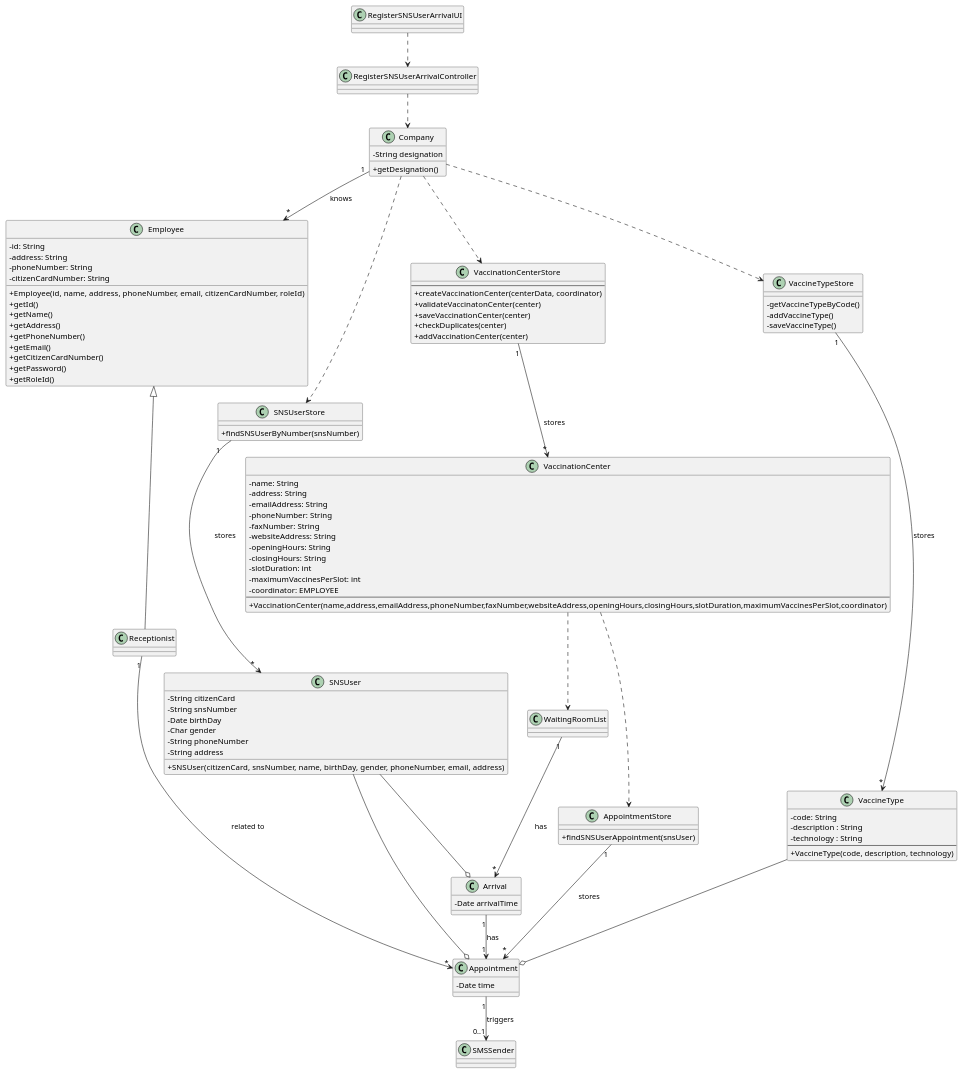
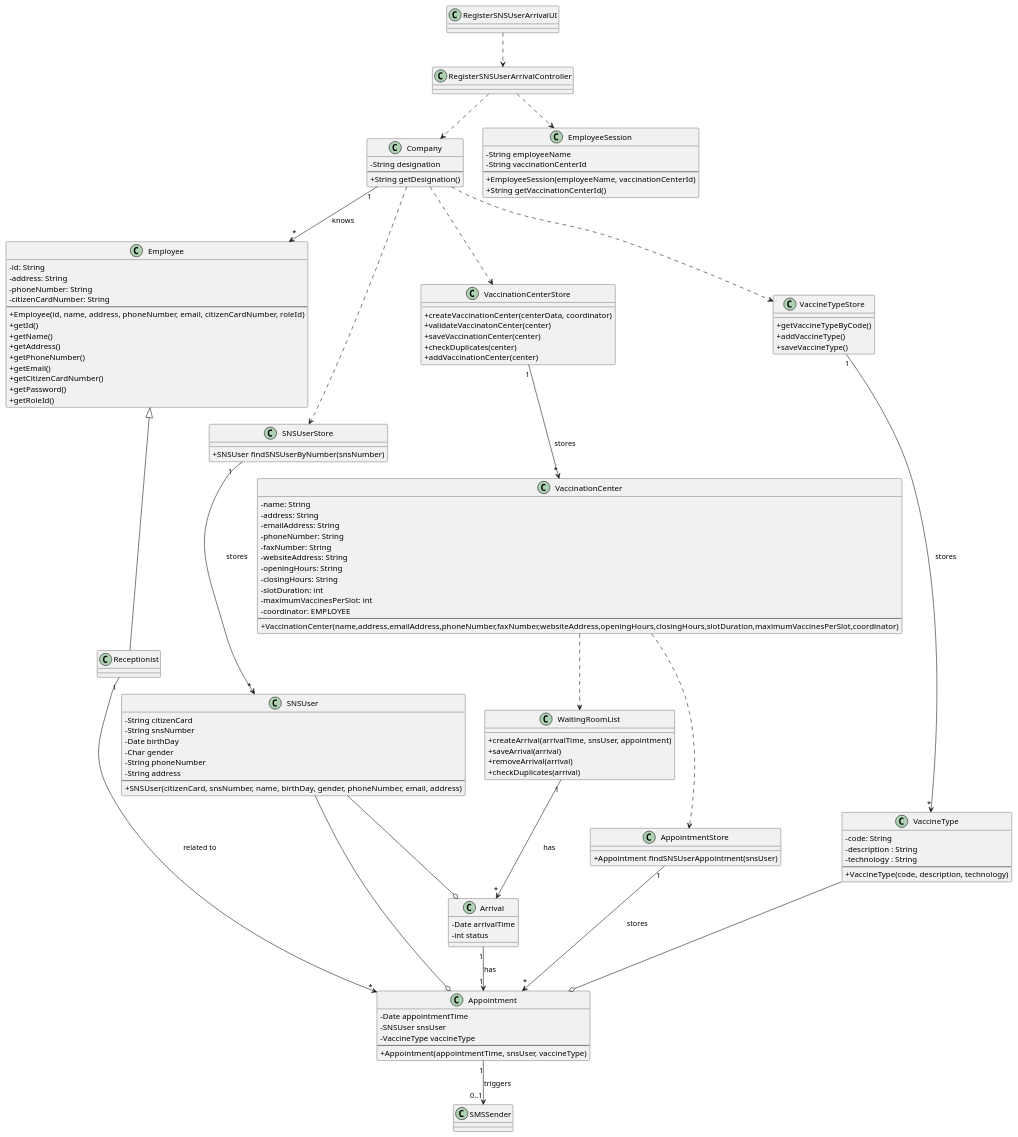
The diagram in docs/SprintC/US04/CD/US04_CD.puml (miseEnPlace-i/lapr2), drawn with PlantUML before and after one commit. The commit also changed 1 other file, not shown here.

```diff
--- a/docs/SprintC/US04/CD/US04_CD.puml
+++ b/docs/SprintC/US04/CD/US04_CD.puml
@@ -1,138 +1,157 @@
 @startuml US04_CD
 skinparam classAttributeIconSize 0
 
 class Appointment {
-  - Date time
+  - Date appointmentTime
+  - SNSUser snsUser
+  - VaccineType vaccineType
+  ---
+  + Appointment(appointmentTime, snsUser, vaccineType)
 }
 
 class AppointmentStore {
-  + findSNSUserAppointment(snsUser)
+  + Appointment findSNSUserAppointment(snsUser)
 }
 
 class Arrival {
   - Date arrivalTime
+  - int status
 }
 
 class Company {
   - String designation
-  + getDesignation()
+  ---
+  + String getDesignation()
 }
 
 class Employee {
   - id: String
   - address: String
   - phoneNumber: String
   - citizenCardNumber: String
+  ---
   + Employee(id, name, address, phoneNumber, email, citizenCardNumber, roleId)
   + getId()
   + getName()
   + getAddress()
   + getPhoneNumber()
   + getEmail()
   + getCitizenCardNumber()
   + getPassword()
   + getRoleId()
+}
+
+class EmployeeSession {
+  - String employeeName
+  - String vaccinationCenterId
+  ---
+  + EmployeeSession(employeeName, vaccinationCenterId)
+  + String getVaccinationCenterId()  
 }
 
 class RegisterSNSUserArrivalUI {}
 
 class RegisterSNSUserArrivalController {}
 
 class SNSUser {
   - String citizenCard
   - String snsNumber
   - Date birthDay
   - Char gender
   - String phoneNumber
   - String address
+  ---
   + SNSUser(citizenCard, snsNumber, name, birthDay, gender, phoneNumber, email, address)
 }
 
 class SNSUserStore {
-  + findSNSUserByNumber(snsNumber)
+  + SNSUser findSNSUserByNumber(snsNumber)
 }
 
-
 class Receptionist {}
-
 
 class SMSSender {}
 
 class VaccinationCenter {
   - name: String
   - address: String
   - emailAddress: String
   - phoneNumber: String
   - faxNumber: String
   - websiteAddress: String
   - openingHours: String
   - closingHours: String
   - slotDuration: int
   - maximumVaccinesPerSlot: int
   - coordinator: EMPLOYEE
   ---
   + VaccinationCenter(name,address,emailAddress,phoneNumber,faxNumber,websiteAddress,openingHours,closingHours,slotDuration,maximumVaccinesPerSlot,coordinator)
 }
 
 class VaccinationCenterStore {
-  ---
   + createVaccinationCenter(centerData, coordinator)
   + validateVaccinatonCenter(center)
   + saveVaccinationCenter(center)
   + checkDuplicates(center)
   + addVaccinationCenter(center)
 }
 
 class VaccineType {
   - code: String
   - description : String
   - technology : String
   ---
   + VaccineType(code, description, technology)
 }
 
 class VaccineTypeStore {
-  - getVaccineTypeByCode()
-  - addVaccineType()
-  - saveVaccineType()
+  + getVaccineTypeByCode()
+  + addVaccineType()
+  + saveVaccineType()
 }
 
-class WaitingRoomList {}
+class WaitingRoomList {
+  + createArrival(arrivalTime, snsUser, appointment)
+  + saveArrival(arrival)
+  + removeArrival(arrival)
+  + checkDuplicates(arrival)
+}
 
 
 Appointment "1" --> "0..1" SMSSender : triggers
 
 AppointmentStore "1" --> "*" Appointment : stores
 
 Arrival "1" --> "1" Appointment : has
 
 Company ..> SNSUserStore
 Company ..> VaccinationCenterStore
 Company ..> VaccineTypeStore
 Company "1" --> "*" Employee : knows
 
 Employee <|-- Receptionist
 
 Receptionist "1" --> "*" Appointment : related to
 
 RegisterSNSUserArrivalController ..> Company
+RegisterSNSUserArrivalController ..> EmployeeSession
 
 RegisterSNSUserArrivalUI ..> RegisterSNSUserArrivalController
 
 SNSUser --o Arrival
 SNSUser --o Appointment
 
 SNSUserStore "1" --> "*" SNSUser : stores
 
 VaccinationCenter ..> WaitingRoomList
 VaccinationCenter ..> AppointmentStore
 
 VaccinationCenterStore "1" --> "*" VaccinationCenter : stores
 
 VaccineType --o Appointment
 
 VaccineTypeStore "1" --> "*" VaccineType : stores
 
 WaitingRoomList "1" --> "*" Arrival : has
 
 @enduml
```
